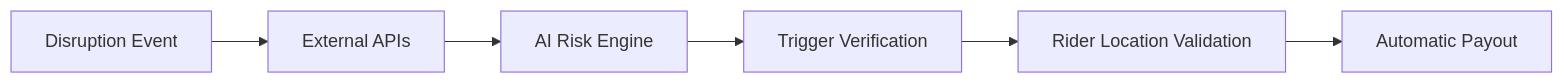
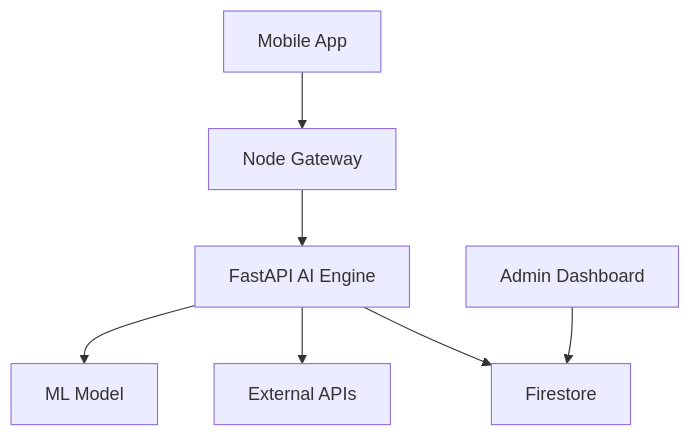
One commit to jashwanth-cse/SteadyPocket changed the diagram in README.md. Above: the diagram before and after it, drawn with Mermaid. The commit also changed other lines of this file, not shown here.

````diff
--- a/README.md
+++ b/README.md
@@ -694,16 +319,18 @@
 ```mermaid
-flowchart LR
+graph TD
 
-A[Disruption Event]
-B[External APIs]
-C[AI Risk Engine]
-D[Trigger Verification]
-E[Rider Location Validation]
-F[Automatic Payout]
+A[Mobile App]
+B[Node Gateway]
+C[FastAPI AI Engine]
+D[ML Model]
+E[Firestore]
+F[External APIs]
+G[Admin Dashboard]
 
 A --> B
 B --> C
 C --> D
-D --> E
-E --> F
+C --> F
+C --> E
+G --> E
 ```
````
